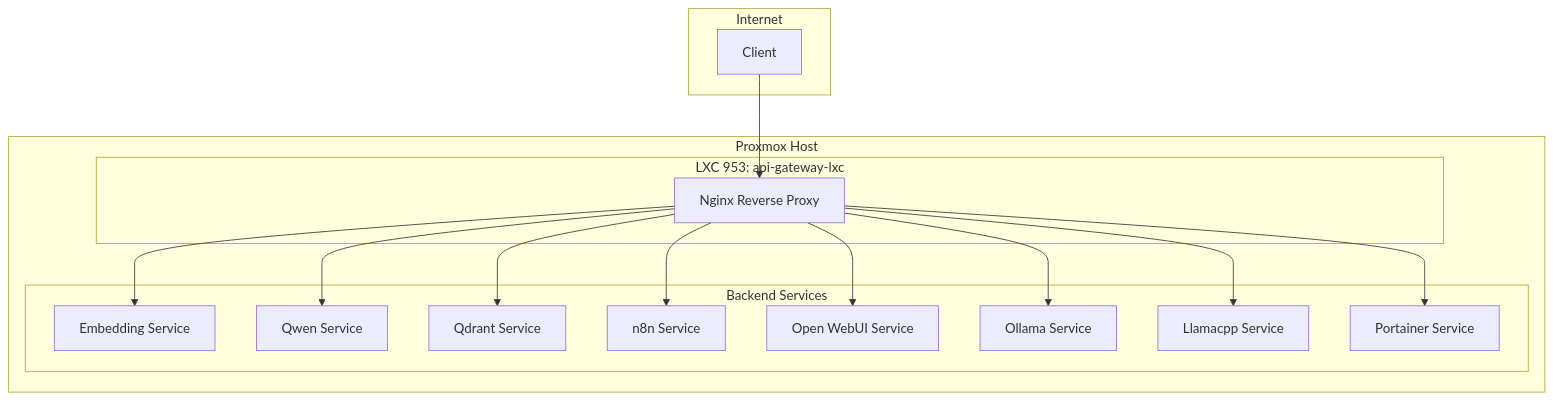
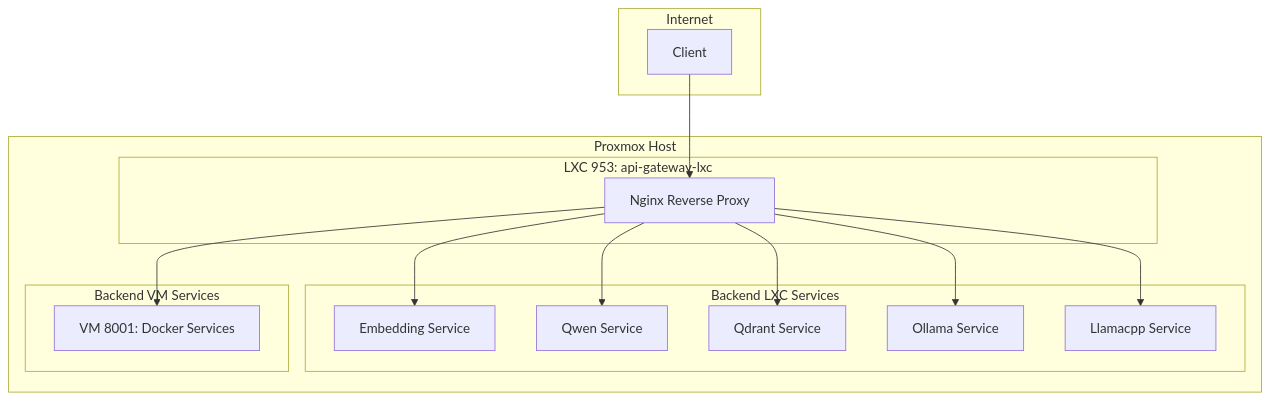
The fifth of 5 diagrams in Thinkheads.AI_docs/02_technical_strategy_and_architecture/26_phoenix_hypervisor_unified_architecture_guide.md (SirHeads/Testing-ideas), drawn with Mermaid before and after one commit. The commit also changed other lines of this file and 19 other files, not shown here.

````diff
--- a/Thinkheads.AI_docs/02_technical_strategy_and_architecture/26_phoenix_hypervisor_unified_architecture_guide.md
+++ b/Thinkheads.AI_docs/02_technical_strategy_and_architecture/26_phoenix_hypervisor_unified_architecture_guide.md
@@ -261,33 +268,32 @@
 ```mermaid
 graph TD
     subgraph "Internet"
         A[Client]
     end
 
     subgraph "Proxmox Host"
         subgraph "LXC 953: api-gateway-lxc"
             B[Nginx Reverse Proxy]
         end
 
-        subgraph "Backend Services"
+        subgraph "Backend LXC Services"
             C[Embedding Service]
             D[Qwen Service]
             E[Qdrant Service]
-            F[n8n Service]
-            G[Open WebUI Service]
             H[Ollama Service]
             I[Llamacpp Service]
-            J[Portainer Service]
+        end
+
+        subgraph "Backend VM Services"
+            VM[VM 8001: Docker Services]
         end
     end
 
     A --> B
     B --> C
     B --> D
     B --> E
-    B --> F
-    B --> G
     B --> H
     B --> I
-    B --> J
+    B --> VM
 ```
````
